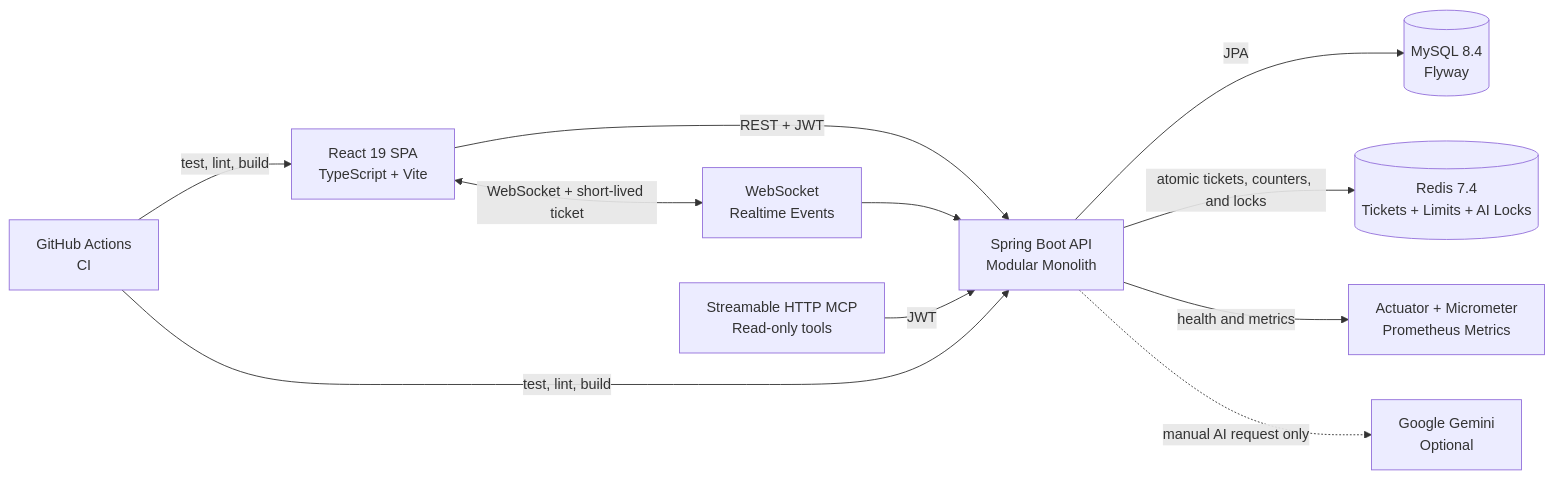
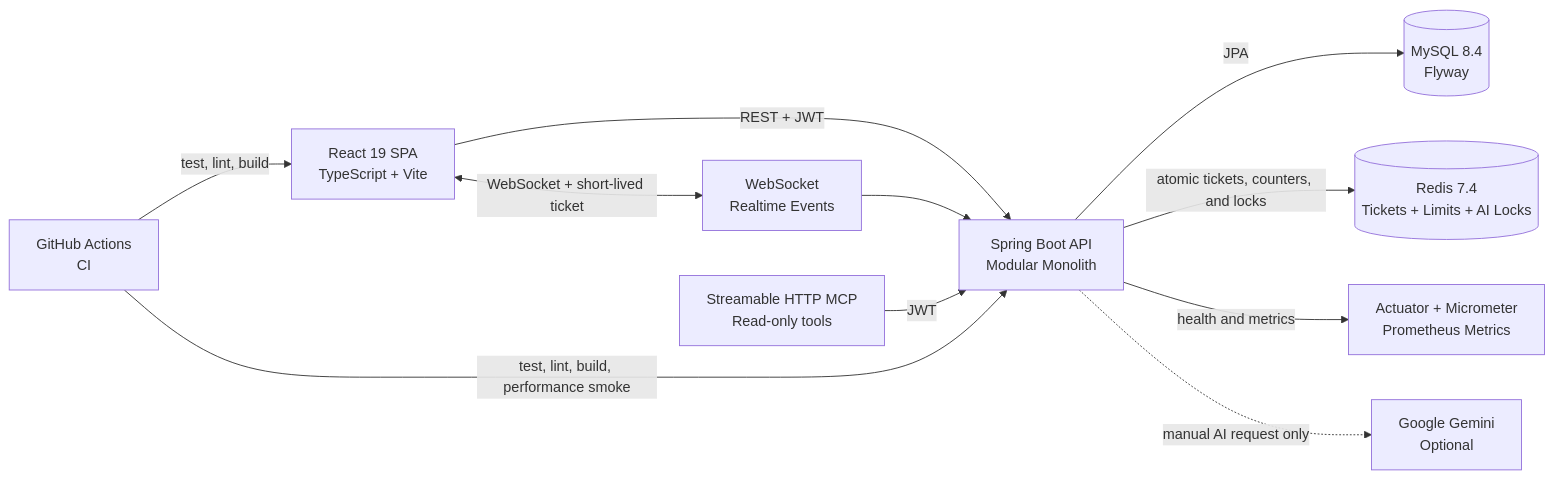
One commit to kimsesdook/Billiards-Analysis changed the first of 2 diagrams in README.md. Above: the diagram before and after it, drawn with Mermaid. The commit also changed other lines of this file and 3 other files, not shown here.

````diff
--- a/README.md
+++ b/README.md
@@ -31,23 +32,23 @@
 ```mermaid
 flowchart LR
     Browser["React 19 SPA\nTypeScript + Vite"]
     API["Spring Boot API\nModular Monolith"]
     DB[("MySQL 8.4\nFlyway")]
     Redis[("Redis 7.4\nTickets + Limits + AI Locks")]
     Metrics["Actuator + Micrometer\nPrometheus Metrics"]
     Socket["WebSocket\nRealtime Events"]
     MCP["Streamable HTTP MCP\nRead-only tools"]
     Gemini["Google Gemini\nOptional"]
     CI["GitHub Actions\nCI"]
 
     Browser -->|"REST + JWT"| API
     Browser <-->|"WebSocket + short-lived ticket"| Socket
     Socket --> API
     API -->|"JPA"| DB
     API -->|"atomic tickets, counters, and locks"| Redis
     API -->|"health and metrics"| Metrics
     MCP -->|"JWT"| API
     API -. "manual AI request only" .-> Gemini
-    CI -->|"test, lint, build"| API
+    CI -->|"test, lint, build, performance smoke"| API
     CI -->|"test, lint, build"| Browser
 ```
````
